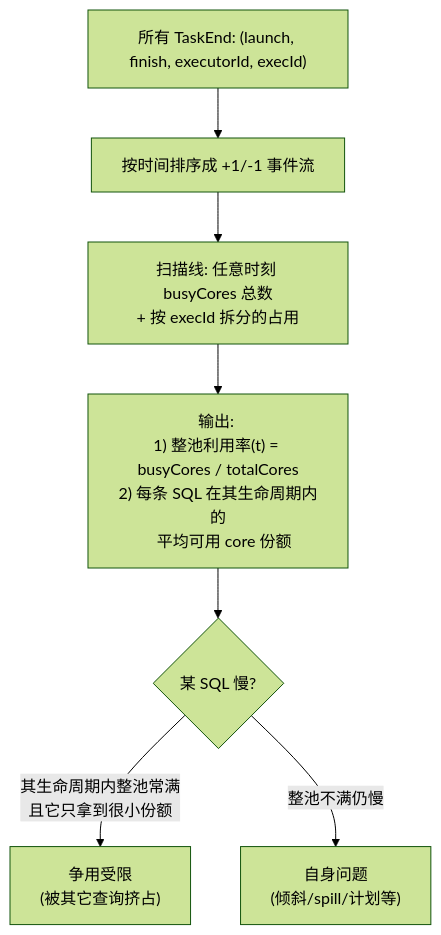
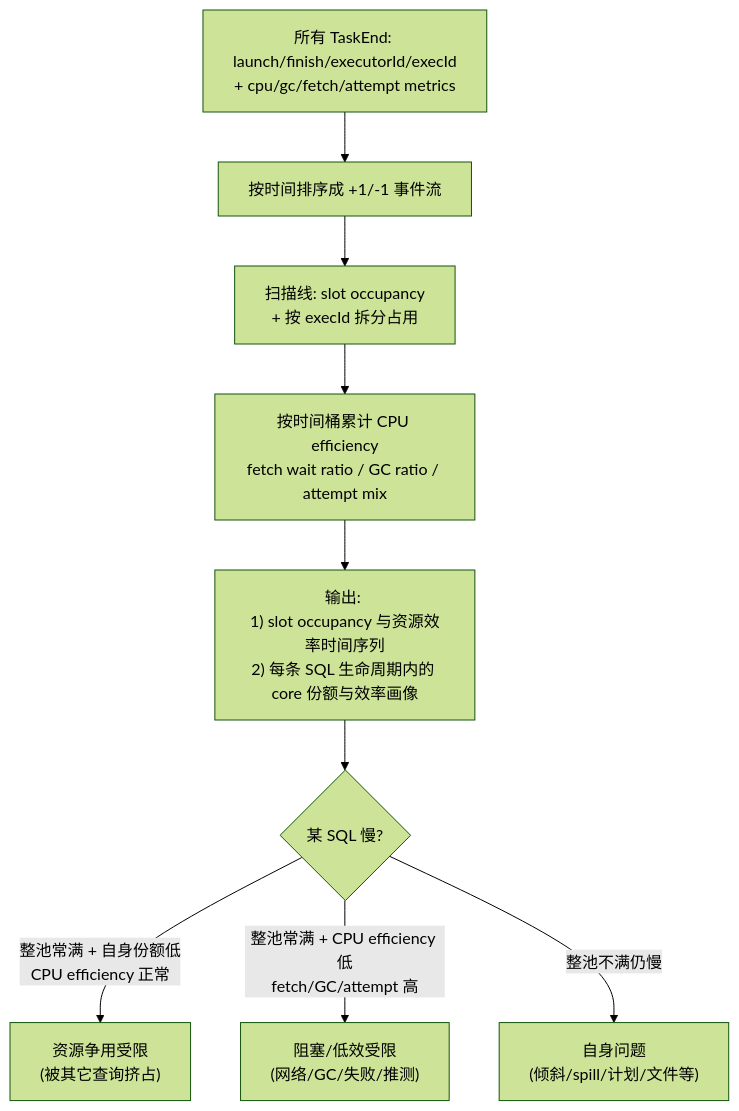
One commit to gauss1314/SparkAdvisor changed the third of 6 diagrams in SparkAdvisor-monitor-design.md. Above: the diagram before and after it, drawn with Mermaid (forest theme). The commit also changed other lines of this file, not shown here.

````diff
--- a/SparkAdvisor-monitor-design.md
+++ b/SparkAdvisor-monitor-design.md
@@ -148,9 +176,11 @@
 ```mermaid
 flowchart TD
-    A["所有 TaskEnd: (launch, finish, executorId, execId)"] --> B["按时间排序成 +1/-1 事件流"]
-    B --> C["扫描线: 任意时刻 busyCores 总数<br/>+ 按 execId 拆分的占用"]
-    C --> D["输出: <br/>1) 整池利用率(t) = busyCores / totalCores<br/>2) 每条 SQL 在其生命周期内的<br/>   平均可用 core 份额"]
+    A["所有 TaskEnd: launch/finish/executorId/execId<br/>+ cpu/gc/fetch/attempt metrics"] --> B["按时间排序成 +1/-1 事件流"]
+    B --> C["扫描线: slot occupancy<br/>+ 按 execId 拆分占用"]
+    C --> C2["按时间桶累计 CPU efficiency<br/>fetch wait ratio / GC ratio / attempt mix"]
+    C2 --> D["输出: <br/>1) slot occupancy 与资源效率时间序列<br/>2) 每条 SQL 生命周期内的 core 份额与效率画像"]
     D --> E{某 SQL 慢?}
-    E -->|其生命周期内整池常满<br/>且它只拿到很小份额| F["争用受限<br/>(被其它查询挤占)"]
-    E -->|整池不满仍慢| G["自身问题<br/>(倾斜/spill/计划等)"]
+    E -->|整池常满 + 自身份额低<br/>CPU efficiency 正常| F["资源争用受限<br/>(被其它查询挤占)"]
+    E -->|整池常满 + CPU efficiency 低<br/>fetch/GC/attempt 高| G["阻塞/低效受限<br/>(网络/GC/失败/推测)"]
+    E -->|整池不满仍慢| H["自身问题<br/>(倾斜/spill/计划/文件等)"]
 ```
````
